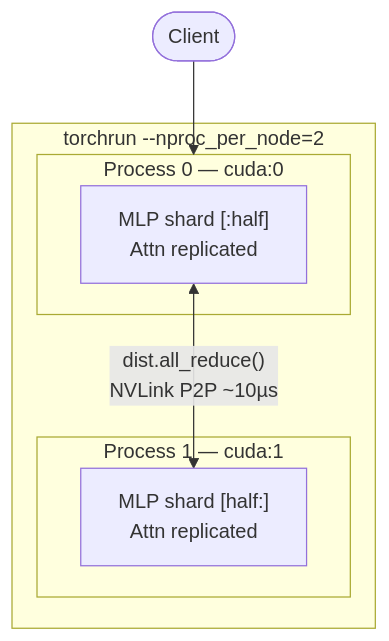
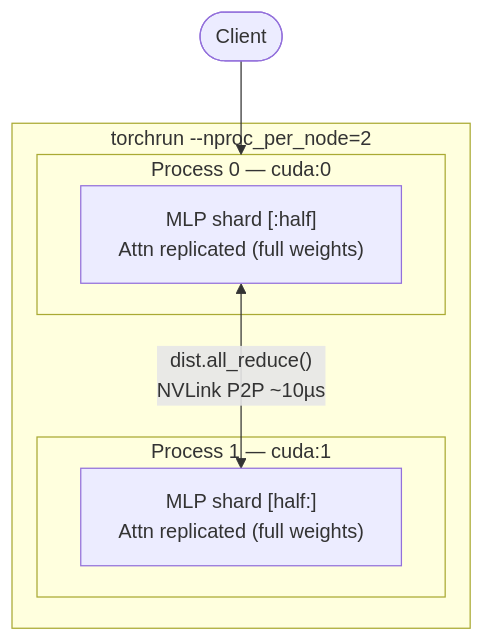
The second of 3 diagrams in README.md (sahilnale/distributed-llm-inference-server), drawn with Mermaid before and after one commit. The commit also changed other lines of this file, not shown here.

Commit message:
Expand top-level README with full progression story and concurrency results

````diff
--- a/README.md
+++ b/README.md
@@ -54,16 +75,16 @@
 ```mermaid
 flowchart TD
     Client(["Client"])
 
     subgraph torchrun["torchrun --nproc_per_node=2"]
         subgraph P0["Process 0 — cuda:0"]
-            GPU0["MLP shard [:half]\nAttn replicated"]
+            GPU0["MLP shard [:half]\nAttn replicated (full weights)"]
         end
         subgraph P1["Process 1 — cuda:1"]
-            GPU1["MLP shard [half:]\nAttn replicated"]
+            GPU1["MLP shard [half:]\nAttn replicated (full weights)"]
         end
         GPU0 <-->|"dist.all_reduce()\nNVLink P2P ~10µs"| GPU1
     end
 
     Client --> P0
 ```
````
